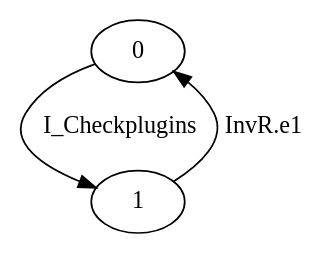
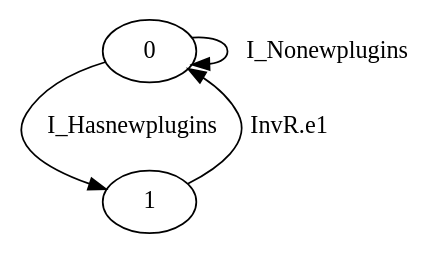
The diagram in src/gmidarch/development/repositories/dot/Monevolutive.dot (gfads/midarch), drawn with Graphviz before and after one commit. The commit also changed 30 other files, not shown here.

```diff
--- a/src/gmidarch/development/repositories/dot/Monevolutive.dot
+++ b/src/gmidarch/development/repositories/dot/Monevolutive.dot
@@ -1,4 +1,5 @@
 digraph G {
-  0 -> 1 [ label="I_Checkplugins" ];
+  0 -> 1 [ label="I_Hasnewplugins" ];
+  0 -> 0 [ label="I_Nonewplugins" ];
   1 -> 0 [ label="InvR.e1" ];
 }
```
